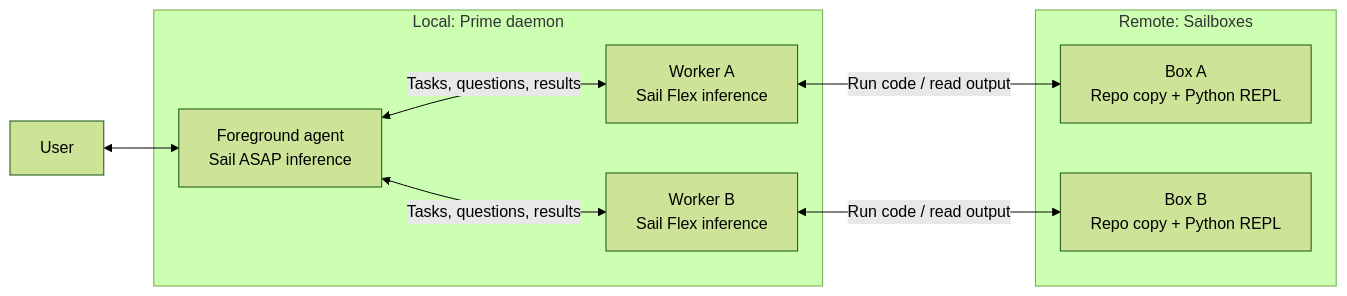
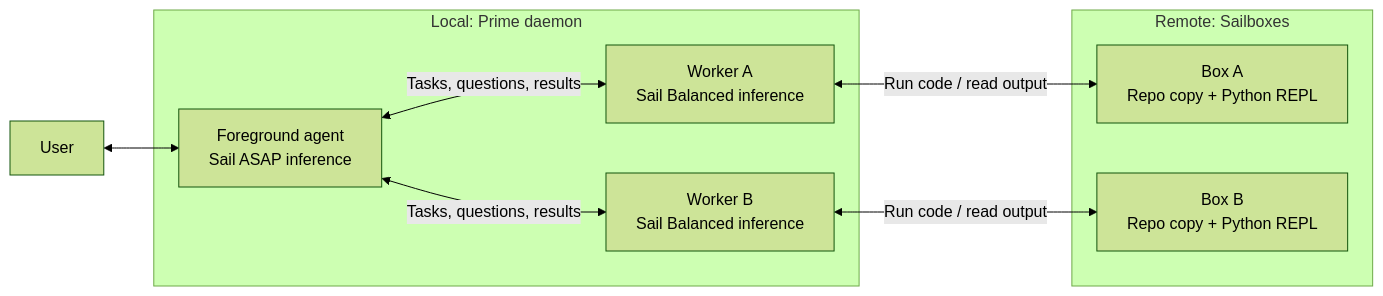
Before and after one commit to Aditya-Mehta1/prime-agent-sail: the diagram in README.md, drawn with Mermaid (forest theme). The commit also changed other lines of this file and 19 other files, not shown here.

Commit message:
refactor: simplify Sail models and use Balanced dispatch

````diff
--- a/README.md
+++ b/README.md
@@ -22,18 +22,18 @@
 ```mermaid
 flowchart LR
     U[User]
     subgraph Local["Local: Prime daemon"]
         F["Foreground agent<br/>Sail ASAP inference"]
-        A["Worker A<br/>Sail Flex inference"]
-        B["Worker B<br/>Sail Flex inference"]
+        A["Worker A<br/>Sail Balanced inference"]
+        B["Worker B<br/>Sail Balanced inference"]
         F <-->|Tasks, questions, results| A
         F <-->|Tasks, questions, results| B
     end
     subgraph Remote["Remote: Sailboxes"]
         SA["Box A<br/>Repo copy + Python REPL"]
         SB["Box B<br/>Repo copy + Python REPL"]
     end
     U <--> F
     A <-->|Run code / read output| SA
     B <-->|Run code / read output| SB
 ```
````
